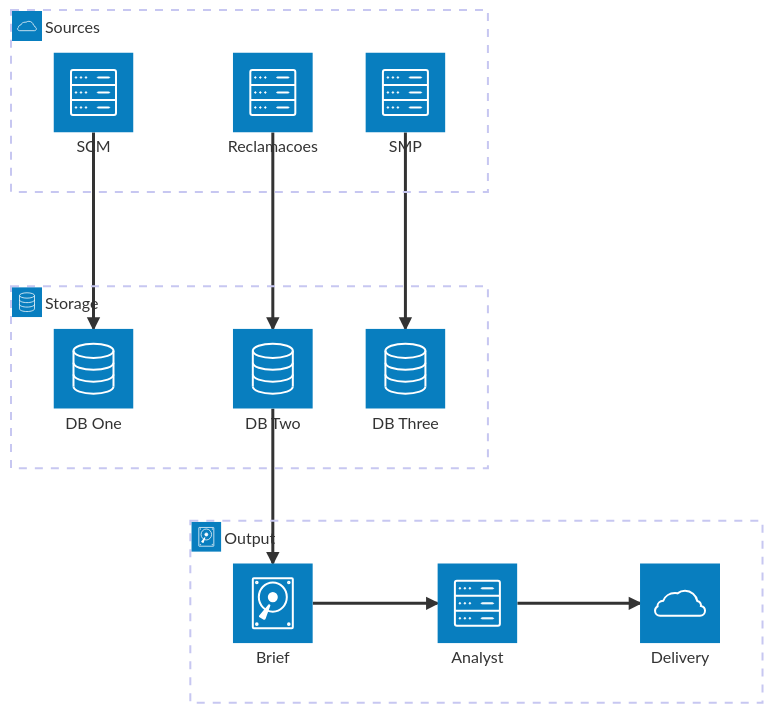
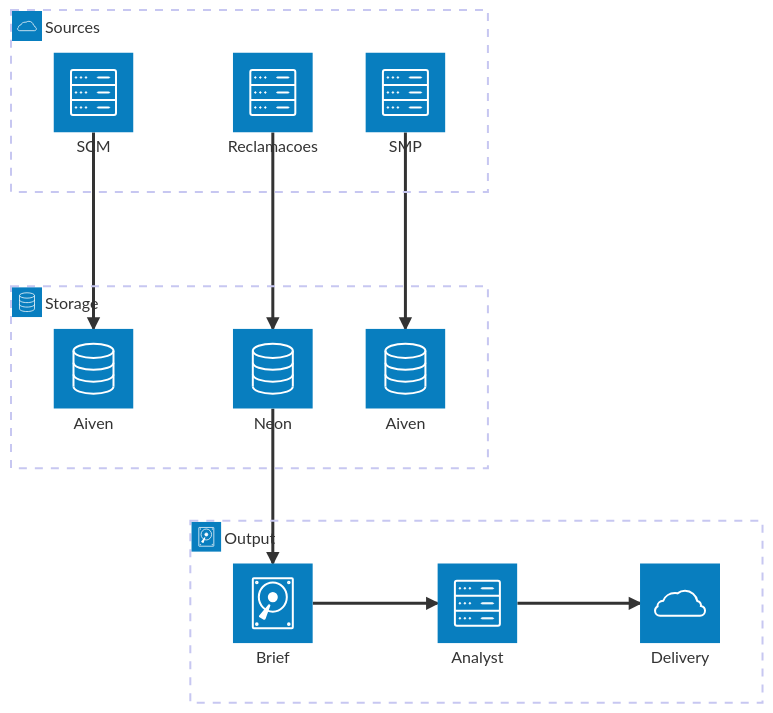
Before and after one commit to gabrielmprata/anatel-data-platform: the second of 2 diagrams in README.md, drawn with Mermaid.

````diff
--- a/README.md
+++ b/README.md
@@ -44,32 +44,32 @@
 ```mermaid
 architecture-beta
     group sources(cloud)[Sources]
         service src_a(server)[SCM] in sources
         service src_b(server)[Reclamacoes] in sources
         service src_c(server)[SMP] in sources
 
     group storage(database)[Storage]
-        service db_one(database)[DB One] in storage
-        service db_two(database)[DB Two] in storage
-        service db_three(database)[DB Three] in storage
+        service db_one(database)[Aiven] in storage
+        service db_two(database)[Neon] in storage
+        service db_three(database)[Aiven] in storage
 
     group output(disk)[Output]
         service brief(disk)[Brief] in output
         service analyst(server)[Analyst] in output
         service delivery(cloud)[Delivery] in output
 
     src_a:B --> T:db_one
     src_b:B --> T:db_two
     src_c:B --> T:db_three
     db_two:B --> T:brief
     brief:R --> L:analyst
     analyst:R --> L:delivery
 
     align row src_a src_b src_c
     align row db_one db_two db_three
     align row brief analyst delivery
 
     align column src_a db_one
     align column src_b db_two brief
     align column src_c db_three
 ```
````
